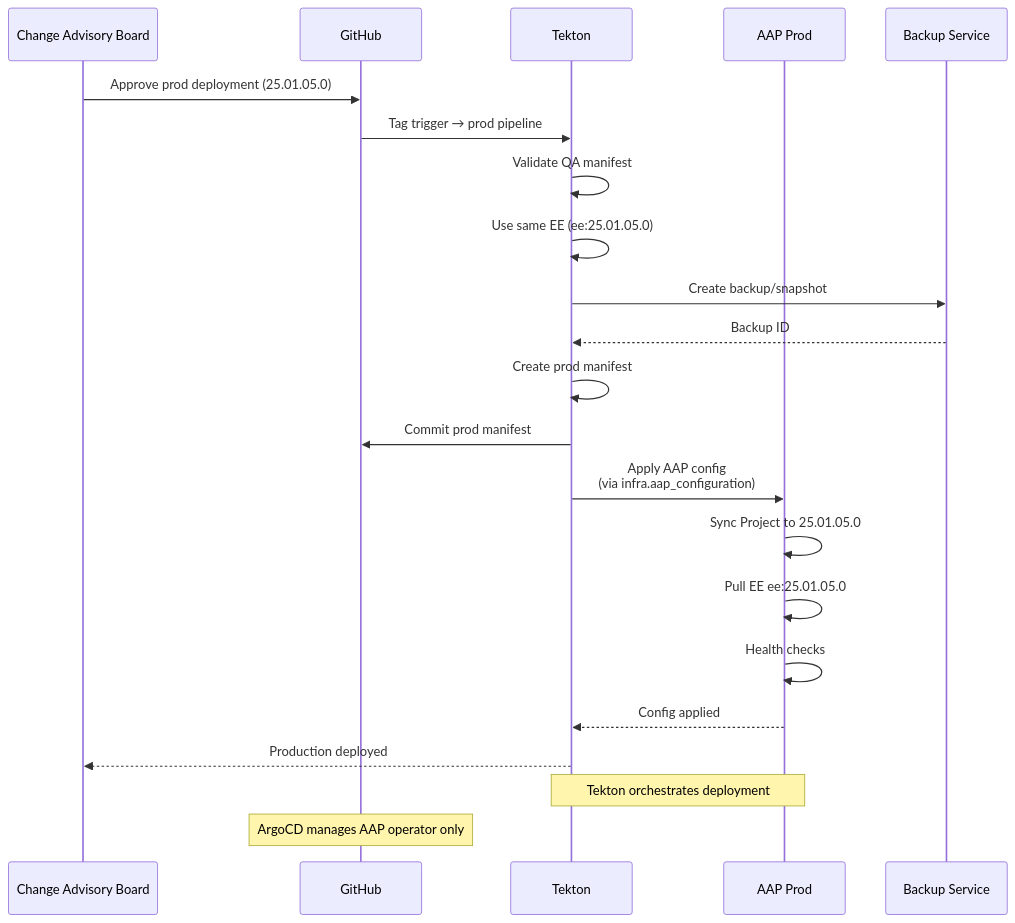
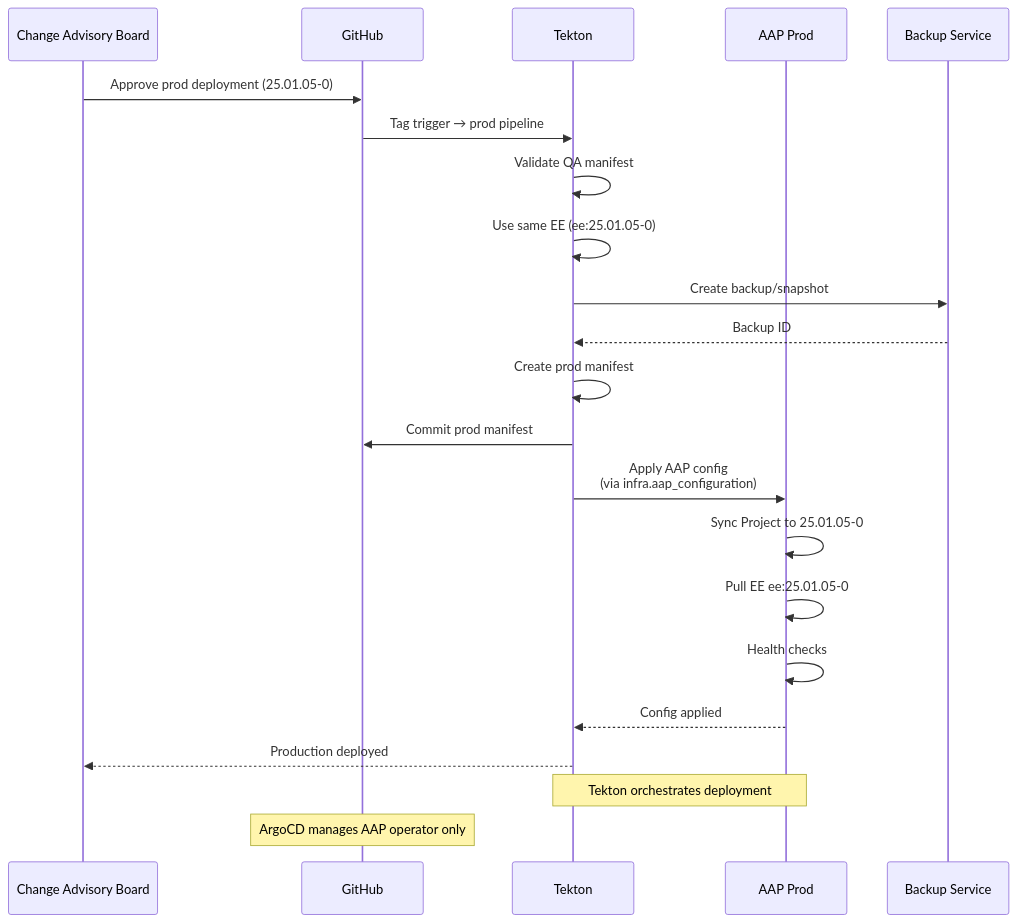
Before and after one commit to djdanielsson/rh1-docs: the sixth of 17 diagrams in docs/diagrams/PROMOTION-FLOW.md, drawn with Mermaid. The commit also changed other lines of this file and 13 other files, not shown here.

````diff
--- a/docs/diagrams/PROMOTION-FLOW.md
+++ b/docs/diagrams/PROMOTION-FLOW.md
@@ -312,28 +312,28 @@
 ```mermaid
 sequenceDiagram
     participant CAB as Change Advisory Board
     participant GH as GitHub
     participant Tek as Tekton
     participant AAP_P as AAP Prod
     participant Backup as Backup Service
 
-    CAB->>GH: Approve prod deployment (25.01.05.0)
+    CAB->>GH: Approve prod deployment (25.01.05-0)
     GH->>Tek: Tag trigger → prod pipeline
 
     Tek->>Tek: Validate QA manifest
-    Tek->>Tek: Use same EE (ee:25.01.05.0)
+    Tek->>Tek: Use same EE (ee:25.01.05-0)
     Tek->>Backup: Create backup/snapshot
     Backup-->>Tek: Backup ID
     Tek->>Tek: Create prod manifest
     Tek->>GH: Commit prod manifest
 
     Tek->>AAP_P: Apply AAP config<br/>(via infra.aap_configuration)
-    AAP_P->>AAP_P: Sync Project to 25.01.05.0
-    AAP_P->>AAP_P: Pull EE ee:25.01.05.0
+    AAP_P->>AAP_P: Sync Project to 25.01.05-0
+    AAP_P->>AAP_P: Pull EE ee:25.01.05-0
     AAP_P->>AAP_P: Health checks
     AAP_P-->>Tek: Config applied
     Tek-->>CAB: Production deployed
 
     Note over Tek,AAP_P: Tekton orchestrates deployment
     Note over GH: ArgoCD manages AAP operator only
 ```
````
